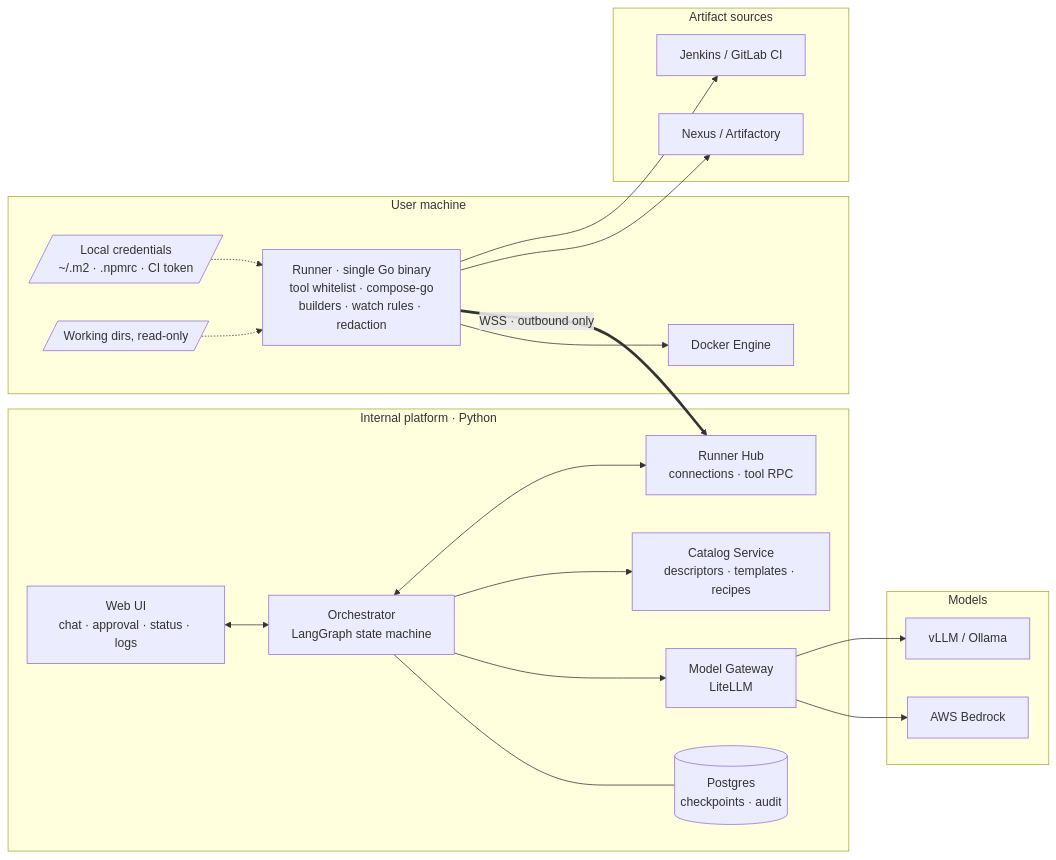
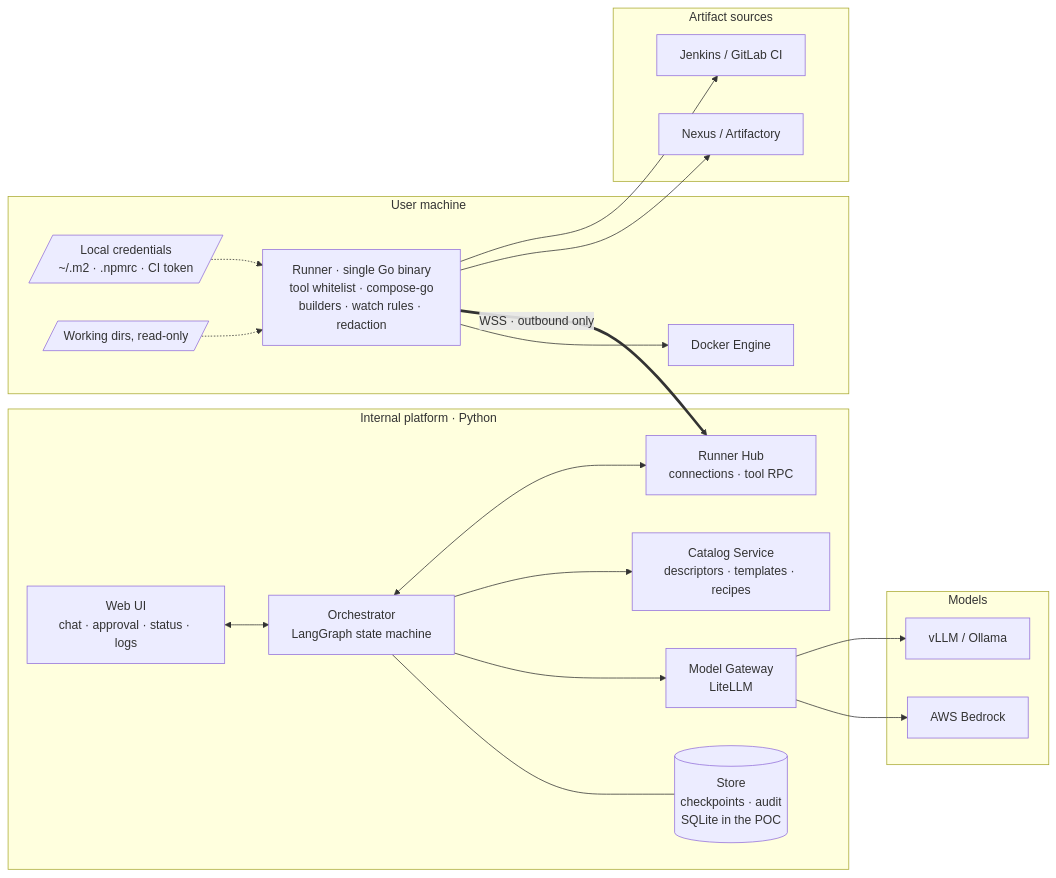
The second of 18 diagrams in docs/plans/2026-10-17-container-agent-design.md (yutaofr/container-agent), drawn with Mermaid before and after one commit. The commit also changed other lines of this file and 3 other files, not shown here.

````diff
--- a/docs/plans/2026-10-17-container-agent-design.md
+++ b/docs/plans/2026-10-17-container-agent-design.md
@@ -51,42 +51,42 @@
 ```mermaid
 flowchart LR
   subgraph PLATFORM["Internal platform · Python"]
     UI["Web UI<br/>chat · approval · status · logs"]
     ORC["Orchestrator<br/>LangGraph state machine"]
-    PG[("Postgres<br/>checkpoints · audit")]
+    PG[("Store<br/>checkpoints · audit<br/>SQLite in the POC")]
     GW["Model Gateway<br/>LiteLLM"]
     CAT["Catalog Service<br/>descriptors · templates · recipes"]
     HUB["Runner Hub<br/>connections · tool RPC"]
     UI <--> ORC
     ORC --- PG
     ORC --> GW
     ORC --> CAT
     ORC <--> HUB
   end
 
   subgraph MODELS["Models"]
     BR["AWS Bedrock"]
     OSS["vLLM / Ollama"]
   end
 
   subgraph LOCAL["User machine"]
     RUN["Runner · single Go binary<br/>tool whitelist · compose-go<br/>builders · watch rules · redaction"]
     DOCK["Docker Engine"]
     CREDS[/"Local credentials<br/>~/.m2 · .npmrc · CI token"/]
     WD[/"Working dirs, read-only"/]
     CREDS -.-> RUN
     WD -.-> RUN
     RUN --> DOCK
   end
 
   subgraph ARTIFACTS["Artifact sources"]
     NX["Nexus / Artifactory"]
     CIS["Jenkins / GitLab CI"]
   end
 
   GW --> BR
   GW --> OSS
   RUN ==>|"WSS · outbound only"| HUB
   RUN --> NX
   RUN --> CIS
 ```
````
